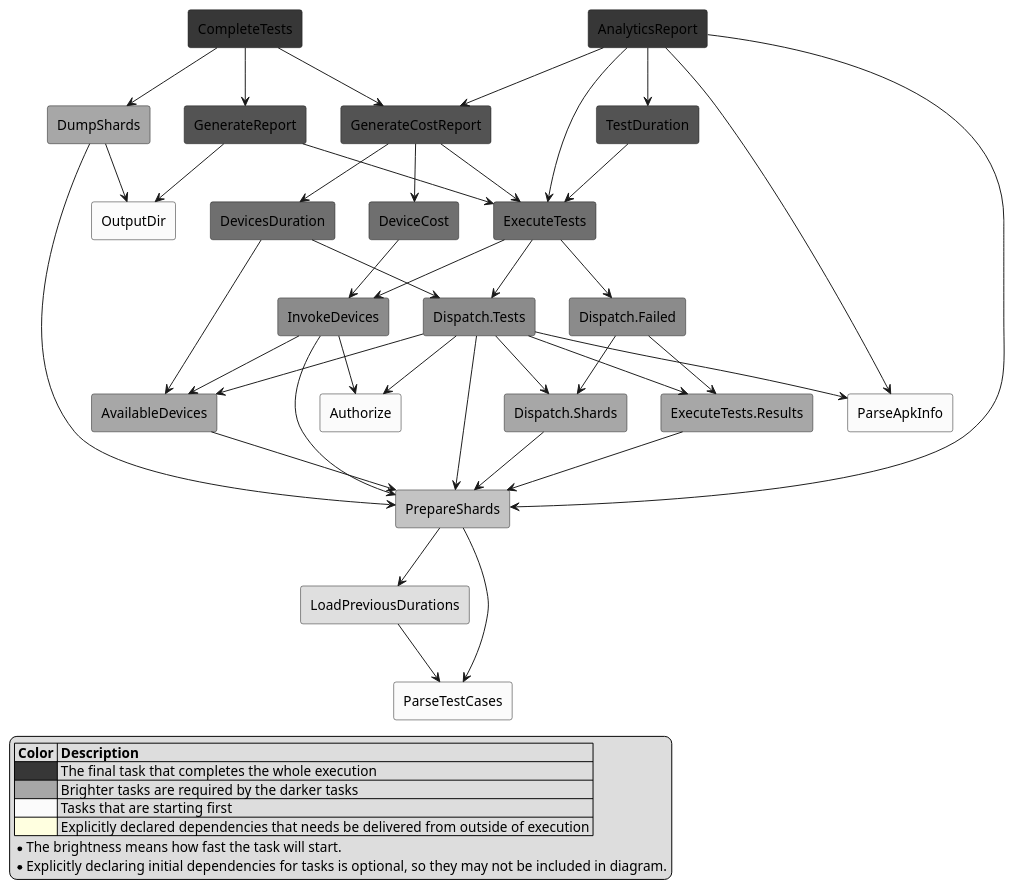
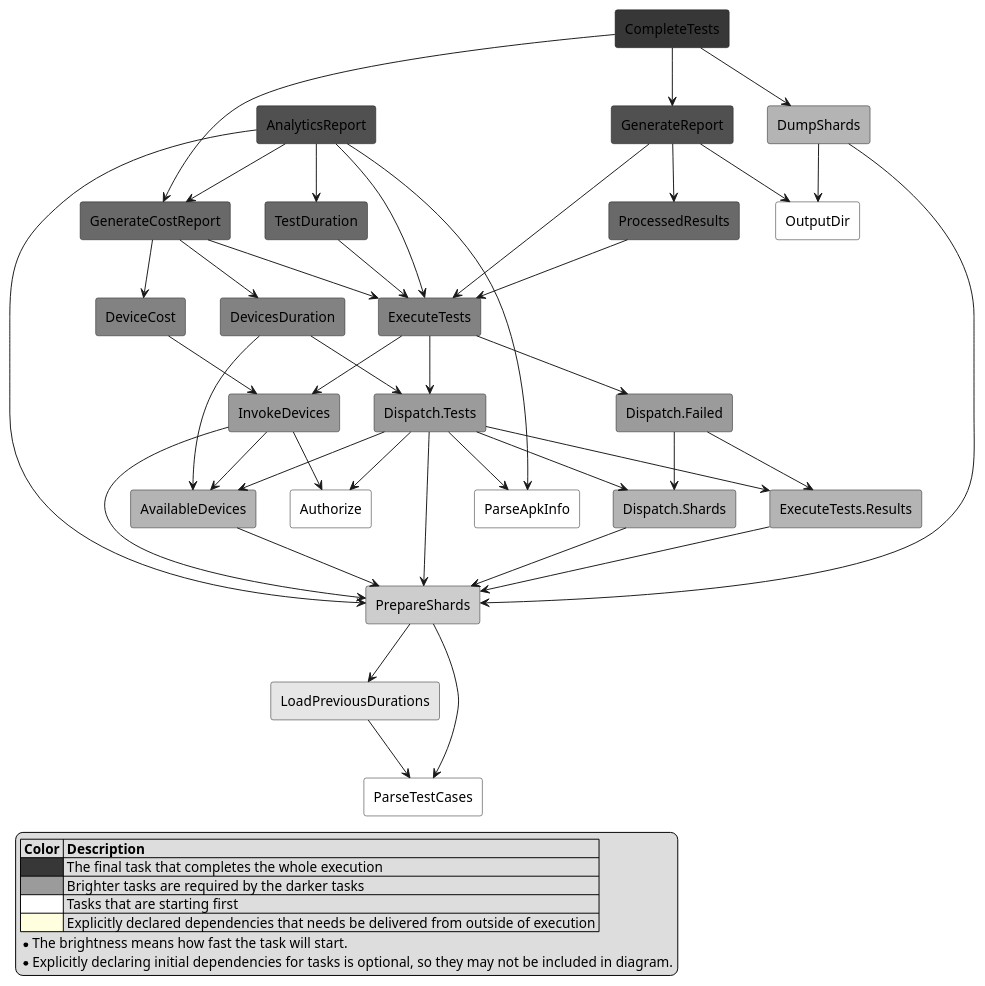
The diagram in corellium/domain/TestAndroid-execute.puml (Flank/flank), drawn with PlantUML before and after one commit.

```diff
--- a/corellium/domain/TestAndroid-execute.puml
+++ b/corellium/domain/TestAndroid-execute.puml
@@ -1,77 +1,80 @@
 @startuml
 
 skinparam componentStyle rectangle
 
 legend left
   |= Color |= Description |
   |<#373737>| The final task that completes the whole execution |
-  |<#a7a7a7>| Brighter tasks are required by the darker tasks |
-  |<#fbfbfb>| Tasks that are starting first |
+  |<#9b9b9b>| Brighter tasks are required by the darker tasks |
+  |<#ffffff>| Tasks that are starting first |
   |<#LightYellow>| Explicitly declared dependencies that needs be delivered from outside of execution |
   * The brightness means how fast the task will start.
   * Explicitly declaring initial dependencies for tasks is optional, so they may not be included in diagram.
 end legend
 
-[Authorize] #fbfbfb
-[OutputDir] #fbfbfb
-[ParseApkInfo] #fbfbfb
-[ParseTestCases] #fbfbfb
-[LoadPreviousDurations] #dfdfdf
-[PrepareShards] #c3c3c3
-[Dispatch.Shards] #a7a7a7
-[DumpShards] #a7a7a7
-[ExecuteTests.Results] #a7a7a7
-[AvailableDevices] #a7a7a7
-[Dispatch.Tests] #8b8b8b
-[Dispatch.Failed] #8b8b8b
-[InvokeDevices] #8b8b8b
-[DevicesDuration] #6f6f6f
-[ExecuteTests] #6f6f6f
-[DeviceCost] #6f6f6f
-[TestDuration] #535353
-[GenerateCostReport] #535353
-[GenerateReport] #535353
+[Authorize] #ffffff
+[OutputDir] #ffffff
+[ParseApkInfo] #ffffff
+[ParseTestCases] #ffffff
+[LoadPreviousDurations] #e6e6e6
+[PrepareShards] #cdcdcd
+[AvailableDevices] #b4b4b4
+[Dispatch.Shards] #b4b4b4
+[DumpShards] #b4b4b4
+[ExecuteTests.Results] #b4b4b4
+[Dispatch.Failed] #9b9b9b
+[Dispatch.Tests] #9b9b9b
+[InvokeDevices] #9b9b9b
+[DevicesDuration] #828282
+[ExecuteTests] #828282
+[DeviceCost] #828282
+[TestDuration] #696969
+[GenerateCostReport] #696969
+[ProcessedResults] #696969
+[GenerateReport] #505050
+[AnalyticsReport] #505050
 [CompleteTests] #373737
-[AnalyticsReport] #373737
 
+[AvailableDevices] --> [PrepareShards]
 [DevicesDuration] --> [AvailableDevices]
 [DevicesDuration] --> [Dispatch.Tests]
 [TestDuration] --> [ExecuteTests]
+[Dispatch.Failed] --> [Dispatch.Shards]
+[Dispatch.Failed] --> [ExecuteTests.Results]
 [Dispatch.Shards] --> [PrepareShards]
 [Dispatch.Tests] --> [ParseApkInfo]
 [Dispatch.Tests] --> [Authorize]
 [Dispatch.Tests] --> [PrepareShards]
 [Dispatch.Tests] --> [AvailableDevices]
 [Dispatch.Tests] --> [Dispatch.Shards]
 [Dispatch.Tests] --> [ExecuteTests.Results]
-[Dispatch.Failed] --> [Dispatch.Shards]
-[Dispatch.Failed] --> [ExecuteTests.Results]
 [DumpShards] --> [PrepareShards]
 [DumpShards] --> [OutputDir]
 [ExecuteTests] --> [InvokeDevices]
 [ExecuteTests] --> [Dispatch.Tests]
 [ExecuteTests] --> [Dispatch.Failed]
 [DeviceCost] --> [InvokeDevices]
 [CompleteTests] --> [GenerateReport]
 [CompleteTests] --> [GenerateCostReport]
 [CompleteTests] --> [DumpShards]
 [GenerateCostReport] --> [ExecuteTests]
 [GenerateCostReport] --> [DevicesDuration]
 [GenerateCostReport] --> [DeviceCost]
 [GenerateReport] --> [ExecuteTests]
+[GenerateReport] --> [ProcessedResults]
 [GenerateReport] --> [OutputDir]
 [ExecuteTests.Results] --> [PrepareShards]
-[AvailableDevices] --> [PrepareShards]
 [InvokeDevices] --> [Authorize]
 [InvokeDevices] --> [PrepareShards]
 [InvokeDevices] --> [AvailableDevices]
 [LoadPreviousDurations] --> [ParseTestCases]
 [PrepareShards] --> [ParseTestCases]
 [PrepareShards] --> [LoadPreviousDurations]
+[ProcessedResults] --> [ExecuteTests]
 [AnalyticsReport] --> [PrepareShards]
 [AnalyticsReport] --> [ParseApkInfo]
 [AnalyticsReport] --> [ExecuteTests]
 [AnalyticsReport] --> [GenerateCostReport]
 [AnalyticsReport] --> [TestDuration]
 
 @enduml
```
